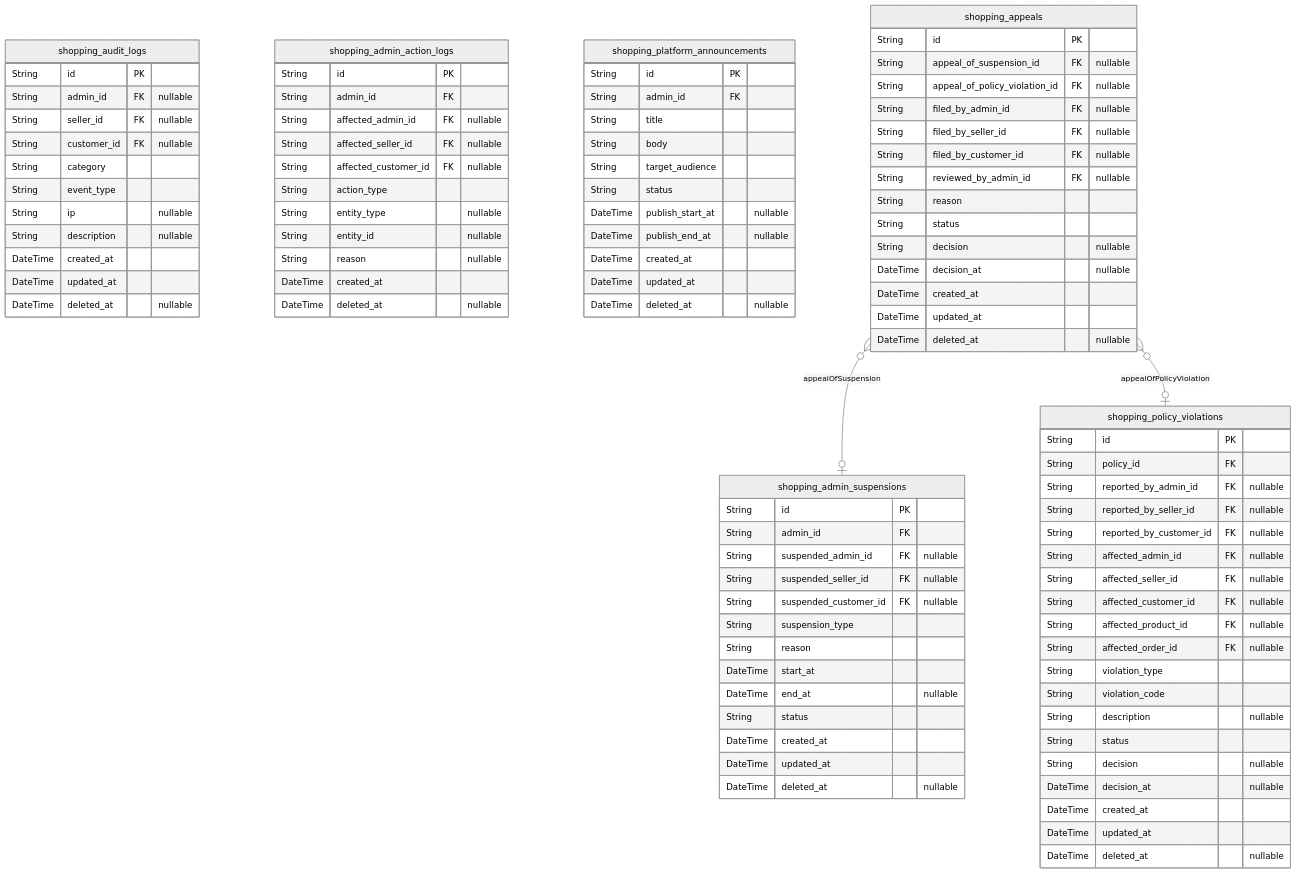
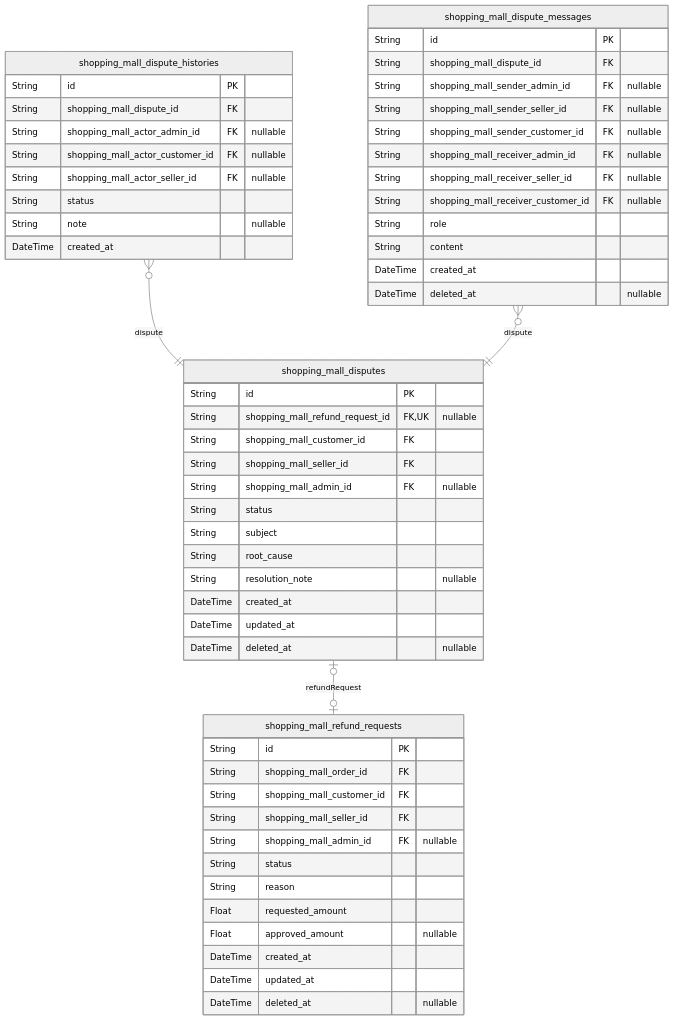
One commit to wrtnlabs/autobe-examples changed the ninth of 10 diagrams in openai/gpt-4.1/shopping/docs/ERD.md. Above: the diagram before and after it, drawn with Mermaid (neutral theme). The commit also changed other lines of this file and 22498 other files, not shown here.

````diff
--- a/openai/gpt-4.1/shopping/docs/ERD.md
+++ b/openai/gpt-4.1/shopping/docs/ERD.md
@@ -1973,96 +1684,58 @@
 ```mermaid
 erDiagram
-"shopping_audit_logs" {
+"shopping_mall_refund_requests" {
   String id PK
-  String admin_id FK "nullable"
-  String seller_id FK "nullable"
-  String customer_id FK "nullable"
-  String category
-  String event_type
-  String ip "nullable"
-  String description "nullable"
+  String shopping_mall_order_id FK
+  String shopping_mall_customer_id FK
+  String shopping_mall_seller_id FK
+  String shopping_mall_admin_id FK "nullable"
+  String status
+  String reason
+  Float requested_amount
+  Float approved_amount "nullable"
   DateTime created_at
   DateTime updated_at
   DateTime deleted_at "nullable"
 }
-"shopping_admin_action_logs" {
+"shopping_mall_disputes" {
   String id PK
-  String admin_id FK
-  String affected_admin_id FK "nullable"
-  String affected_seller_id FK "nullable"
-  String affected_customer_id FK "nullable"
-  String action_type
-  String entity_type "nullable"
-  String entity_id "nullable"
-  String reason "nullable"
-  DateTime created_at
-  DateTime deleted_at "nullable"
-}
-"shopping_admin_suspensions" {
-  String id PK
-  String admin_id FK
-  String suspended_admin_id FK "nullable"
-  String suspended_seller_id FK "nullable"
-  String suspended_customer_id FK "nullable"
-  String suspension_type
-  String reason
-  DateTime start_at
-  DateTime end_at "nullable"
+  String shopping_mall_refund_request_id FK,UK "nullable"
+  String shopping_mall_customer_id FK
+  String shopping_mall_seller_id FK
+  String shopping_mall_admin_id FK "nullable"
   String status
+  String subject
+  String root_cause
+  String resolution_note "nullable"
   DateTime created_at
   DateTime updated_at
   DateTime deleted_at "nullable"
 }
-"shopping_platform_announcements" {
+"shopping_mall_dispute_histories" {
   String id PK
-  String admin_id FK
-  String title
-  String body
-  String target_audience
+  String shopping_mall_dispute_id FK
+  String shopping_mall_actor_admin_id FK "nullable"
+  String shopping_mall_actor_customer_id FK "nullable"
+  String shopping_mall_actor_seller_id FK "nullable"
   String status
-  DateTime publish_start_at "nullable"
-  DateTime publish_end_at "nullable"
+  String note "nullable"
   DateTime created_at
-  DateTime updated_at
+}
+"shopping_mall_dispute_messages" {
+  String id PK
+  String shopping_mall_dispute_id FK
+  String shopping_mall_sender_admin_id FK "nullable"
+  String shopping_mall_sender_seller_id FK "nullable"
+  String shopping_mall_sender_customer_id FK "nullable"
+  String shopping_mall_receiver_admin_id FK "nullable"
+  String shopping_mall_receiver_seller_id FK "nullable"
+  String shopping_mall_receiver_customer_id FK "nullable"
+  String role
+  String content
+  DateTime created_at
   DateTime deleted_at "nullable"
 }
-"shopping_policy_violations" {
-  String id PK
-  String policy_id FK
-  String reported_by_admin_id FK "nullable"
-  String reported_by_seller_id FK "nullable"
-  String reported_by_customer_id FK "nullable"
-  String affected_admin_id FK "nullable"
-  String affected_seller_id FK "nullable"
-  String affected_customer_id FK "nullable"
-  String affected_product_id FK "nullable"
-  String affected_order_id FK "nullable"
-  String violation_type
-  String violation_code
-  String description "nullable"
-  String status
-  String decision "nullable"
-  DateTime decision_at "nullable"
-  DateTime created_at
-  DateTime updated_at
-  DateTime deleted_at "nullable"
-}
-"shopping_appeals" {
-  String id PK
-  String appeal_of_suspension_id FK "nullable"
-  String appeal_of_policy_violation_id FK "nullable"
-  String filed_by_admin_id FK "nullable"
-  String filed_by_seller_id FK "nullable"
-  String filed_by_customer_id FK "nullable"
-  String reviewed_by_admin_id FK "nullable"
-  String reason
-  String status
-  String decision "nullable"
-  DateTime decision_at "nullable"
-  DateTime created_at
-  DateTime updated_at
-  DateTime deleted_at "nullable"
-}
-"shopping_appeals" }o--o| "shopping_admin_suspensions" : appealOfSuspension
-"shopping_appeals" }o--o| "shopping_policy_violations" : appealOfPolicyViolation
+"shopping_mall_disputes" |o--o| "shopping_mall_refund_requests" : refundRequest
+"shopping_mall_dispute_histories" }o--|| "shopping_mall_disputes" : dispute
+"shopping_mall_dispute_messages" }o--|| "shopping_mall_disputes" : dispute
 ```
````
